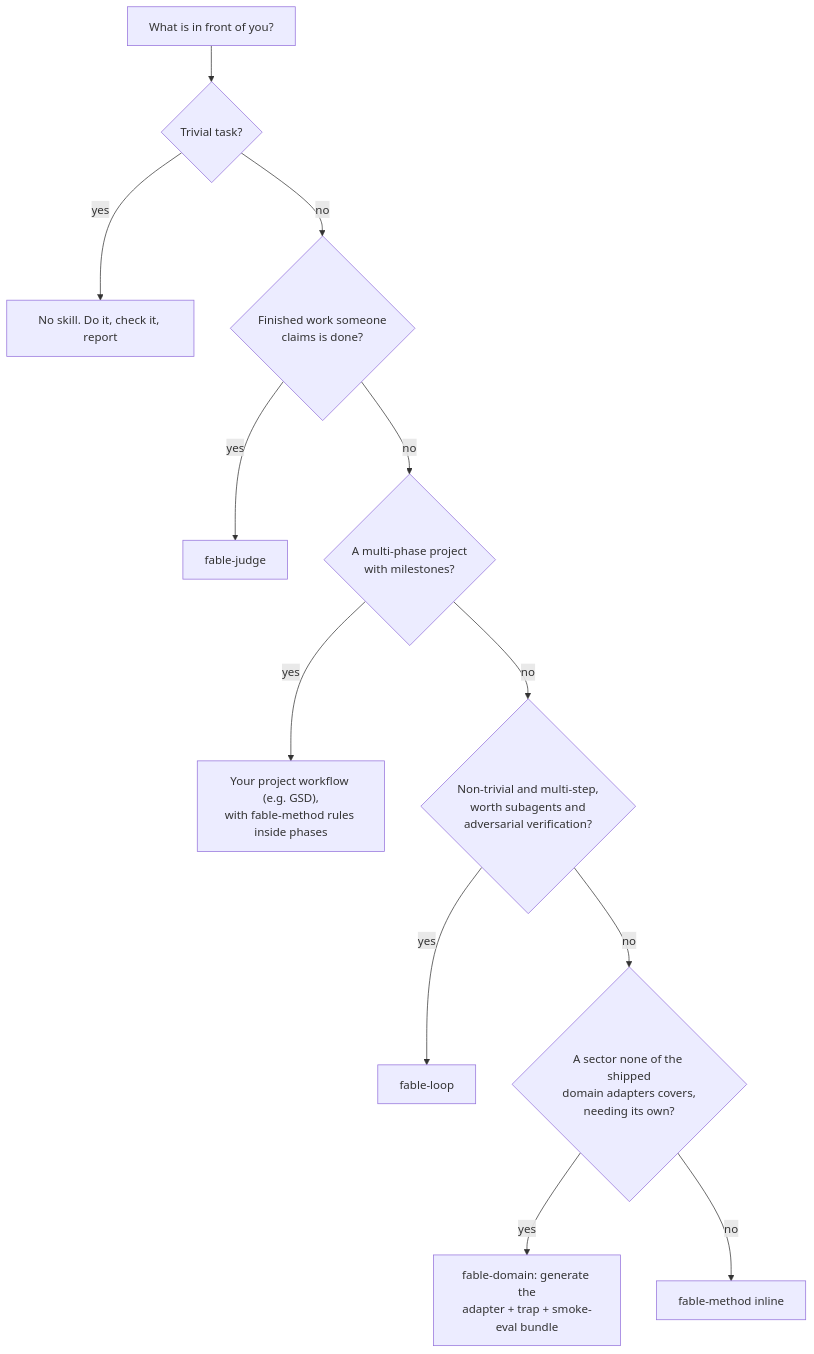
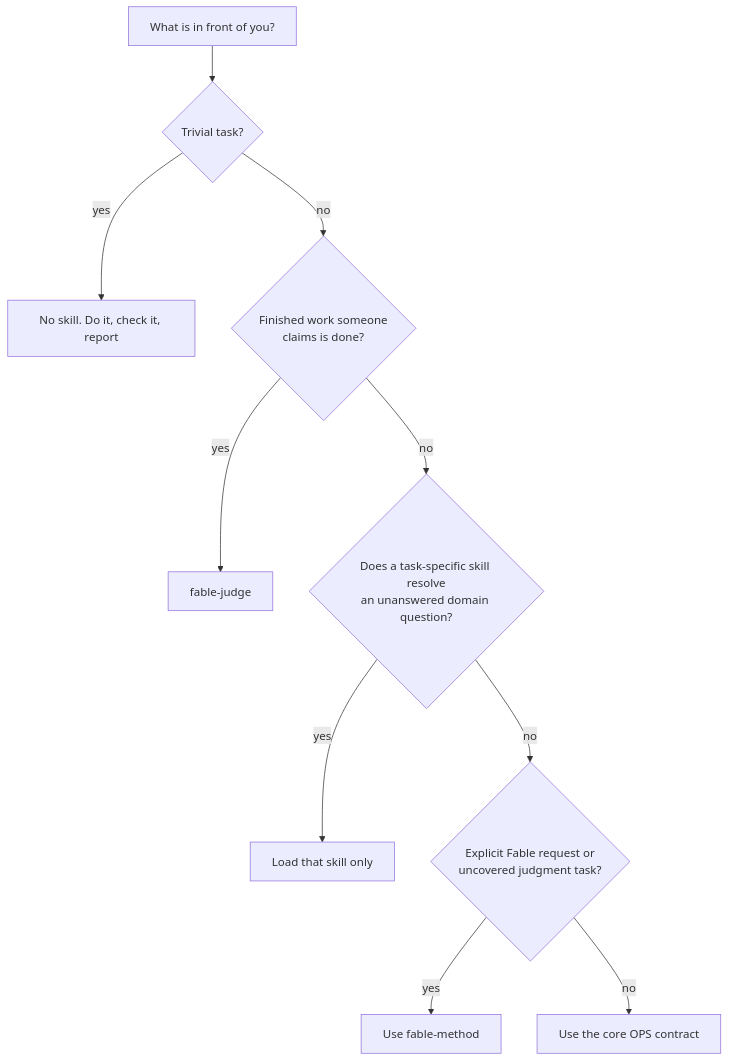
One commit to oleg494/coding-kit changed the eighth of 8 diagrams in skills/fable-method/references/flowcharts.md. Above: the diagram before and after it, drawn with Mermaid. The commit also changed other lines of this file and 105 other files, not shown here.

````diff
--- a/skills/fable-method/references/flowcharts.md
+++ b/skills/fable-method/references/flowcharts.md
@@ -126,14 +125,12 @@
 ```mermaid
 flowchart TD
     Q["What is in front of you?"] --> A{"Trivial task?"}
     A -->|yes| NONE["No skill. Do it, check it, report"]
     A -->|no| B{"Finished work someone<br/>claims is done?"}
     B -->|yes| J["fable-judge"]
-    B -->|no| C{"A multi-phase project<br/>with milestones?"}
-    C -->|yes| G["Your project workflow (e.g. GSD),<br/>with fable-method rules inside phases"]
-    C -->|no| D{"Non-trivial and multi-step,<br/>worth subagents and<br/>adversarial verification?"}
-    D -->|yes| L["fable-loop"]
-    D -->|no| E{"A sector none of the shipped<br/>domain adapters covers,<br/>needing its own?"}
-    E -->|yes| FD["fable-domain: generate the<br/>adapter + trap + smoke-eval bundle"]
-    E -->|no| M["fable-method inline"]
+    B -->|no| C{"Does a task-specific skill resolve<br/>an unanswered domain question?"}
+    C -->|yes| G["Load that skill only"]
+    C -->|no| D{"Explicit Fable request or<br/>uncovered judgment task?"}
+    D -->|yes| M["Use fable-method"]
+    D -->|no| CORE["Use the core OPS contract"]
 ```
````
